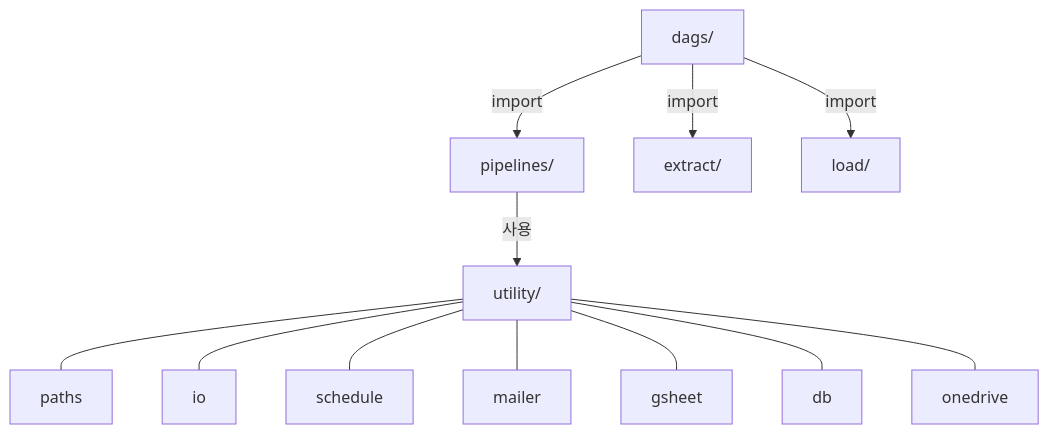
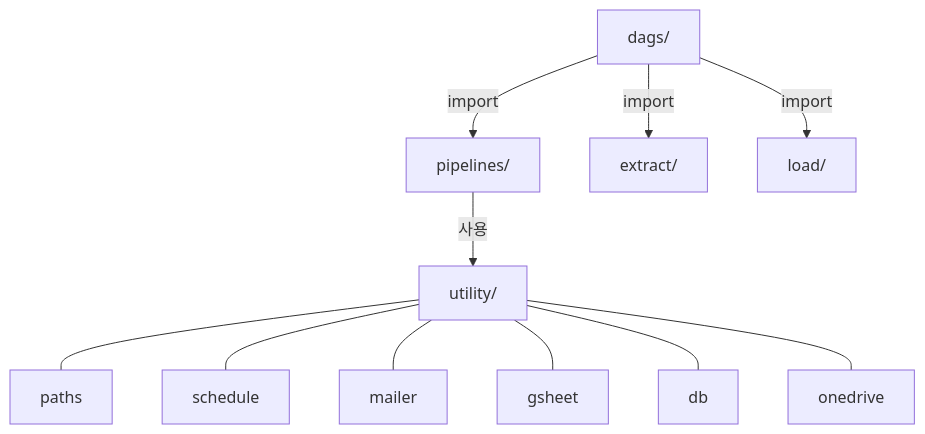
The diagram in modules/CLAUDE.md (doridang001-lab/doridang_airflow), drawn with Mermaid before and after one commit. The commit also changed other lines of this file and 162 other files, not shown here.

````diff
--- a/modules/CLAUDE.md
+++ b/modules/CLAUDE.md
@@ -3,8 +3,8 @@
 ```mermaid
 graph TD
     DAG[dags/] -->|import| PIP[pipelines/]
     DAG -->|import| EX[extract/]
     DAG -->|import| LD[load/]
     PIP -->|사용| UT[utility/]
-    UT --- paths & io & schedule & mailer & gsheet & db & onedrive
+    UT --- paths & schedule & mailer & gsheet & db & onedrive
 ```
````
